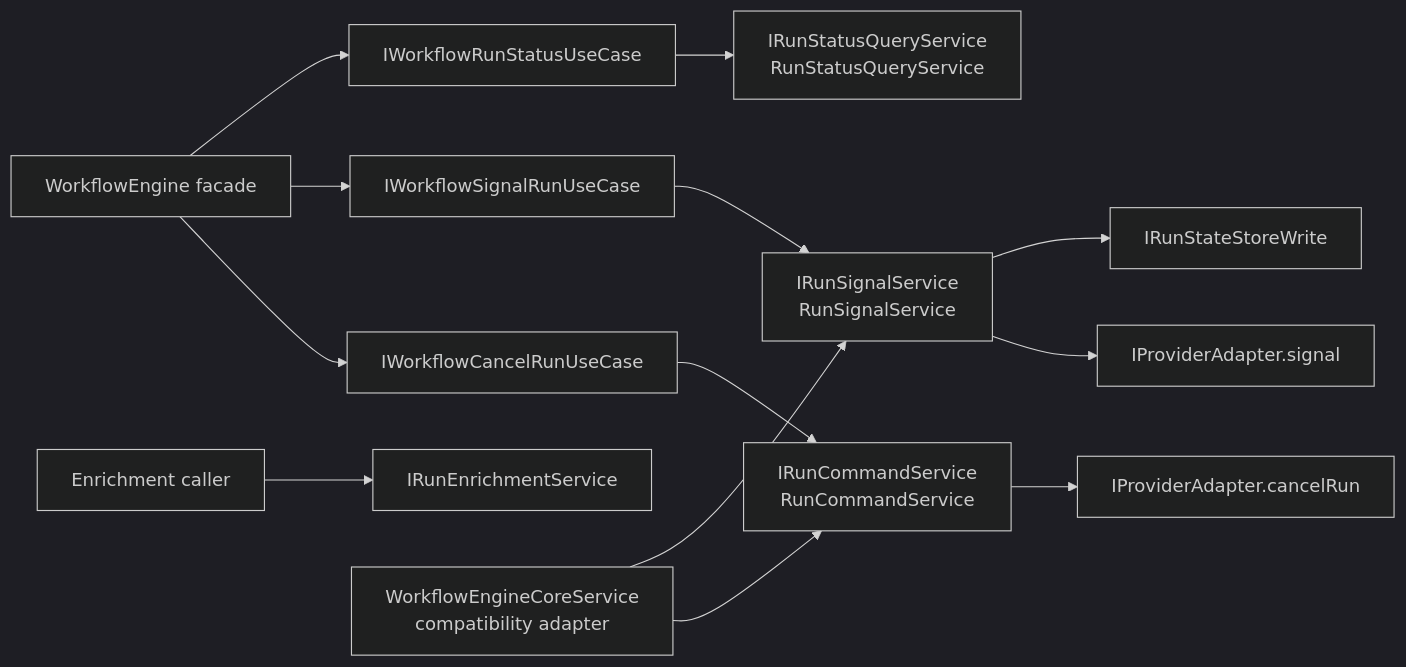
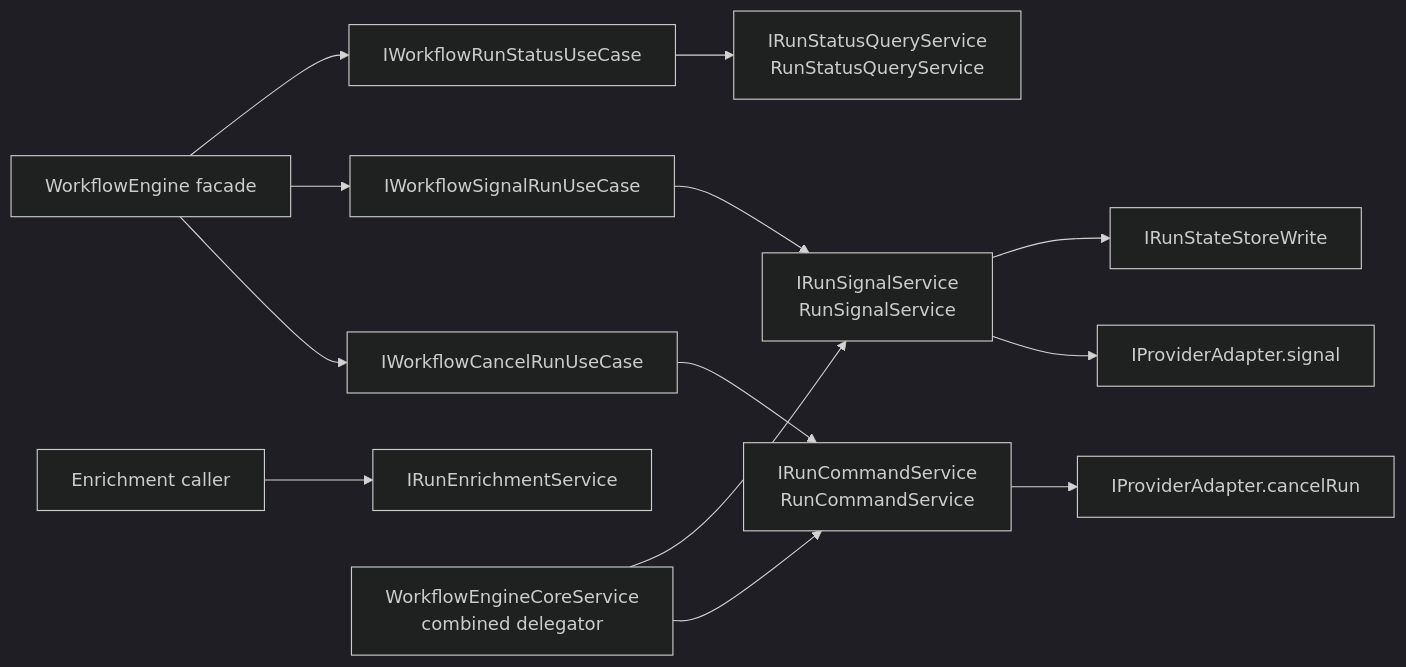
Before and after one commit to dunay2/dvt: the first of 2 diagrams in docs/architecture/components/engine/architecture/workflow-engine-runtime-path-decomposition-component.md, drawn with Mermaid (dark theme). The commit also changed other lines of this file and 20 other files, not shown here.

Commit message:
docs(engine): Hardcut WorkflowEngine canonical map

````diff
--- a/docs/architecture/components/engine/architecture/workflow-engine-runtime-path-decomposition-component.md
+++ b/docs/architecture/components/engine/architecture/workflow-engine-runtime-path-decomposition-component.md
@@ -68,18 +68,18 @@
 ```mermaid
 flowchart LR
   Facade["WorkflowEngine facade"] --> CancelUseCase["IWorkflowCancelRunUseCase"]
   Facade --> SignalUseCase["IWorkflowSignalRunUseCase"]
   Facade --> StatusUseCase["IWorkflowRunStatusUseCase"]
   Caller["Enrichment caller"] --> Enrichment["IRunEnrichmentService"]
 
   CancelUseCase --> Command["IRunCommandService<br/>RunCommandService"]
   SignalUseCase --> Signal["IRunSignalService<br/>RunSignalService"]
   StatusUseCase --> Status["IRunStatusQueryService<br/>RunStatusQueryService"]
 
-  Compat["WorkflowEngineCoreService<br/>compatibility adapter"] --> Command
-  Compat --> Signal
+  Control["WorkflowEngineCoreService<br/>combined delegator"] --> Command
+  Control --> Signal
 
   Command --> AdapterCancel["IProviderAdapter.cancelRun"]
   Signal --> AdapterSignal["IProviderAdapter.signal"]
   Signal --> Events["IRunStateStoreWrite"]
 ```
````
